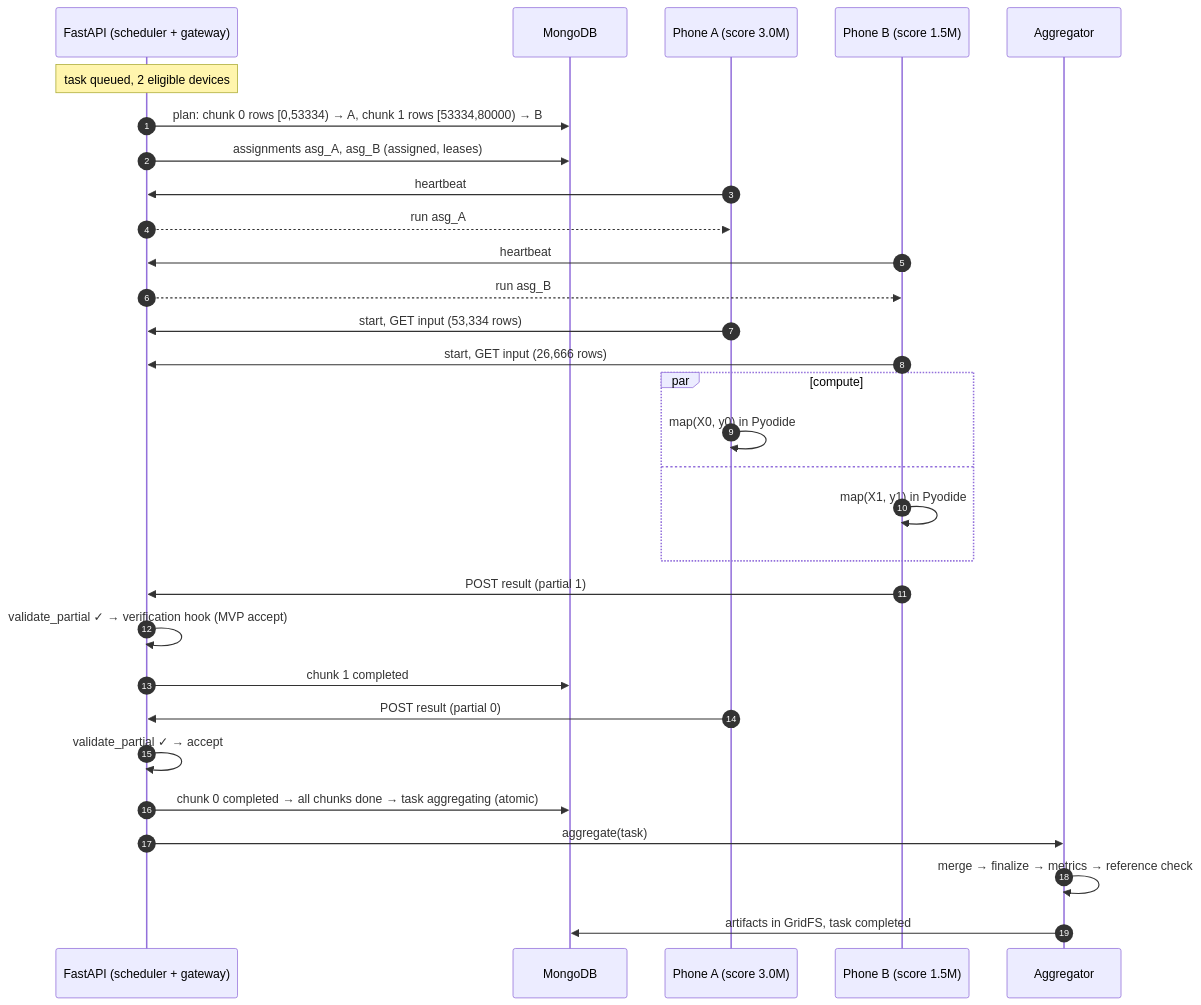
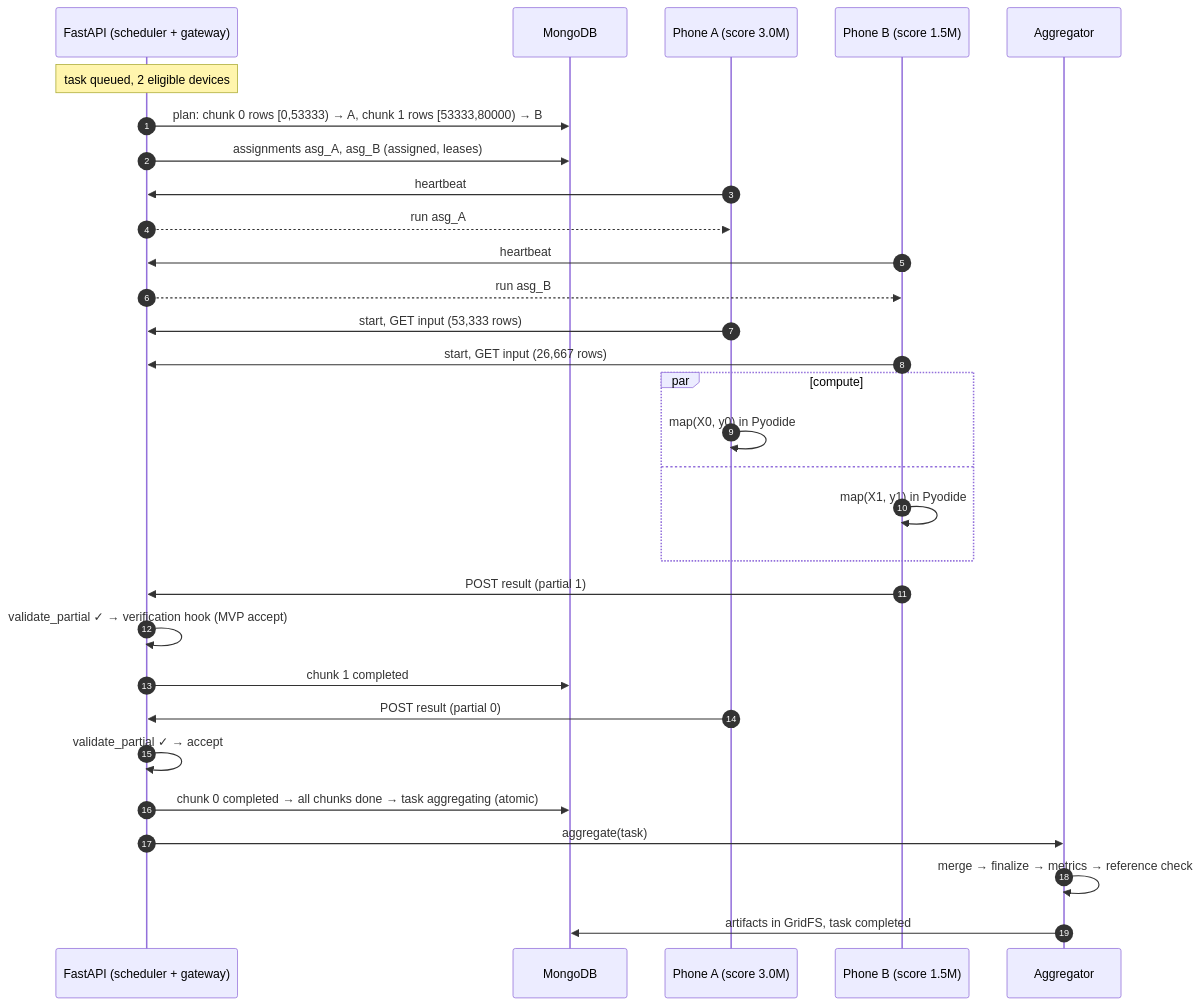
Before and after one commit to OMG2Git/proofnet: the fourth of 11 diagrams in ARCHITECTURE.md, drawn with Mermaid. The commit also changed other lines of this file, not shown here.

Commit message:
bisect 4: ARCHITECTURE.md

````diff
--- a/ARCHITECTURE.md
+++ b/ARCHITECTURE.md
@@ -533,33 +533,33 @@
 ```mermaid
 sequenceDiagram
     autonumber
     participant API as FastAPI (scheduler + gateway)
     participant DB as MongoDB
     participant A as Phone A (score 3.0M)
     participant B as Phone B (score 1.5M)
     participant AGG as Aggregator
 
     Note over API: task queued, 2 eligible devices
-    API->>DB: plan: chunk 0 rows [0,53334) → A, chunk 1 rows [53334,80000) → B
+    API->>DB: plan: chunk 0 rows [0,53333) → A, chunk 1 rows [53333,80000) → B
     API->>DB: assignments asg_A, asg_B (assigned, leases)
     A->>API: heartbeat
     API-->>A: run asg_A
     B->>API: heartbeat
     API-->>B: run asg_B
-    A->>API: start, GET input (53,334 rows)
-    B->>API: start, GET input (26,666 rows)
+    A->>API: start, GET input (53,333 rows)
+    B->>API: start, GET input (26,667 rows)
     par compute
         A->>A: map(X0, y0) in Pyodide
     and
         B->>B: map(X1, y1) in Pyodide
     end
     B->>API: POST result (partial 1)
     API->>API: validate_partial ✓ → verification hook (MVP accept)
     API->>DB: chunk 1 completed
     A->>API: POST result (partial 0)
     API->>API: validate_partial ✓ → accept
     API->>DB: chunk 0 completed → all chunks done → task aggregating (atomic)
     API->>AGG: aggregate(task)
     AGG->>AGG: merge → finalize → metrics → reference check
     AGG->>DB: artifacts in GridFS, task completed
 ```
````
